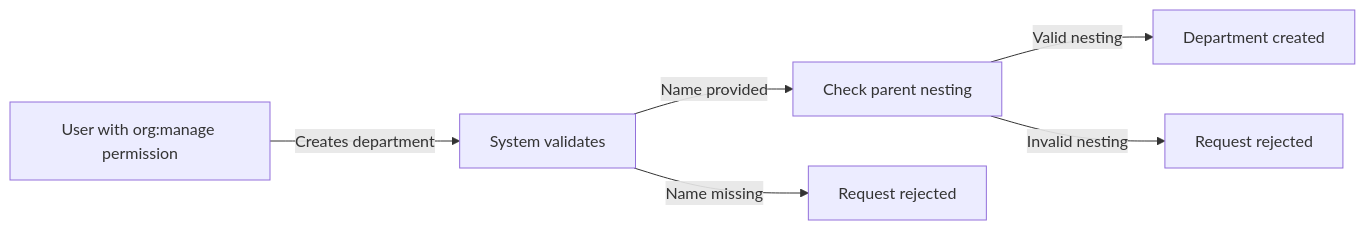
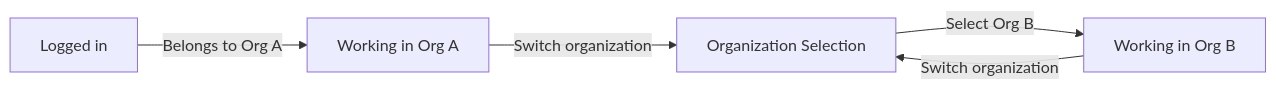
The second of 10 diagrams in z-ai/glm-5/erp/docs/analysis/03-functional-requirements.md (wrtnlabs/autobe-examples), drawn with Mermaid before and after one commit. The commit also changed other lines of this file and 3761 other files, not shown here.

````diff
--- a/z-ai/glm-5/erp/docs/analysis/03-functional-requirements.md
+++ b/z-ai/glm-5/erp/docs/analysis/03-functional-requirements.md
@@ -436,8 +56,7 @@
 ```mermaid
 flowchart LR
-    A["User with org:manage permission"] -->|"Creates department"| B["System validates"]
-    B -->|"Name provided"| C["Check parent nesting"]
-    C -->|"Valid nesting"| D["Department created"]
-    C -->|"Invalid nesting"| E["Request rejected"]
-    B -->|"Name missing"| F["Request rejected"]
+    A["Logged in"] -->|"Belongs to Org A"| B["Working in Org A"]
+    B -->|"Switch organization"| C["Organization Selection"]
+    C -->|"Select Org B"| D["Working in Org B"]
+    D -->|"Switch organization"| C
 ```
````
